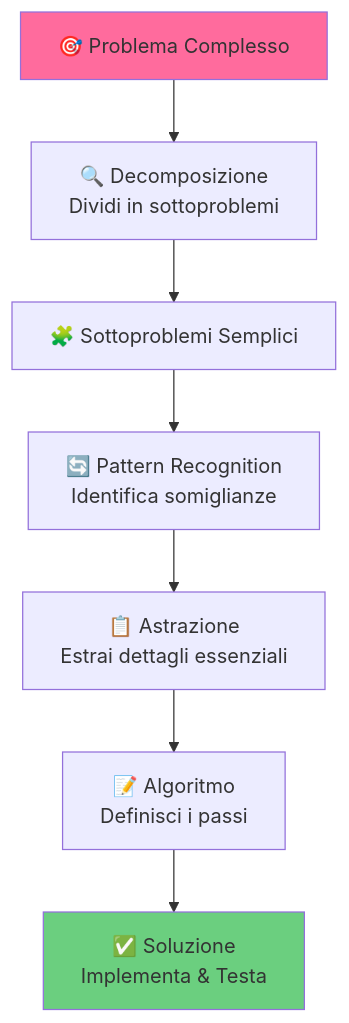
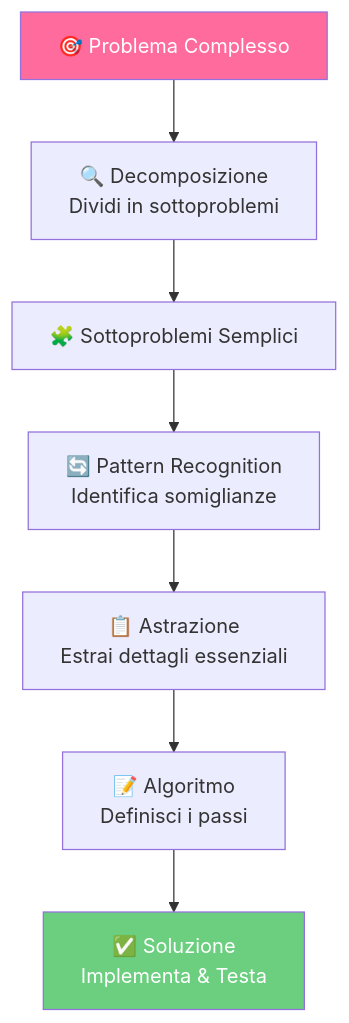
Before and after one commit to federicodiluca/federicodiluca.github.io: the diagram in src/content/blog/pensiero-computazionale.md, drawn with Mermaid. The commit also changed 9 other files, not shown here.

First line of the commit message:
fix: improve Mermaid diagram text colors for accessibility

````diff
--- a/src/content/blog/pensiero-computazionale.md
+++ b/src/content/blog/pensiero-computazionale.md
@@ -15,12 +15,12 @@
 ```mermaid
 flowchart TD
     A["🎯 Problema Complesso"] --> B["🔍 Decomposizione<br/>Dividi in sottoproblemi"]
     B --> C["🧩 Sottoproblemi Semplici"]
     C --> D["🔄 Pattern Recognition<br/>Identifica somiglianze"]
     D --> E["📋 Astrazione<br/>Estrai dettagli essenziali"]
     E --> F["📝 Algoritmo<br/>Definisci i passi"]
     F --> G["✅ Soluzione<br/>Implementa & Testa"]
     
-    style A fill:#ff6b9d
-    style G fill:#6bcf7f
+    style A fill:#ff6b9d,color:#fff
+    style G fill:#6bcf7f,color:#fff
 ```
````
